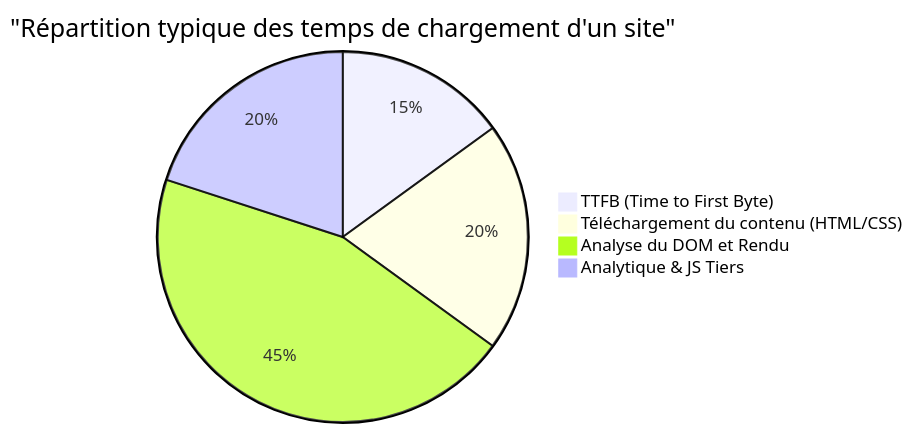
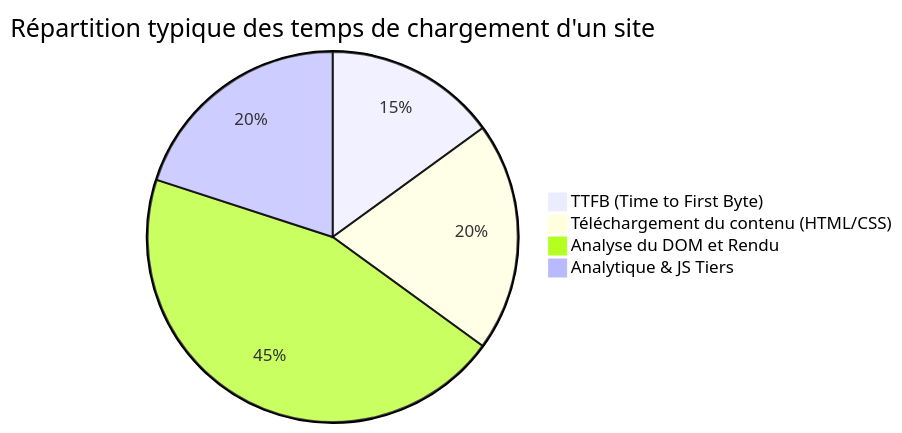
Before and after one commit to kenjinote/blog: the third of 3 diagrams in content/post/hugo_hosting/index.fr.md, drawn with Mermaid. The commit also changed other lines of this file and 703 other files, not shown here.

Commit message:
Fix: Remove quotes from Mermaid link texts and timeline definitions to support Mermaid 11.4.1

````diff
--- a/content/post/hugo_hosting/index.fr.md
+++ b/content/post/hugo_hosting/index.fr.md
@@ -218,7 +218,7 @@
 ```mermaid
-pie title "Répartition typique des temps de chargement d'un site"
+pie title Répartition typique des temps de chargement d'un site
     "TTFB (Time to First Byte)" : 15
     "Téléchargement du contenu (HTML/CSS)" : 20
     "Analyse du DOM et Rendu" : 45
     "Analytique & JS Tiers" : 20
 ```
````
